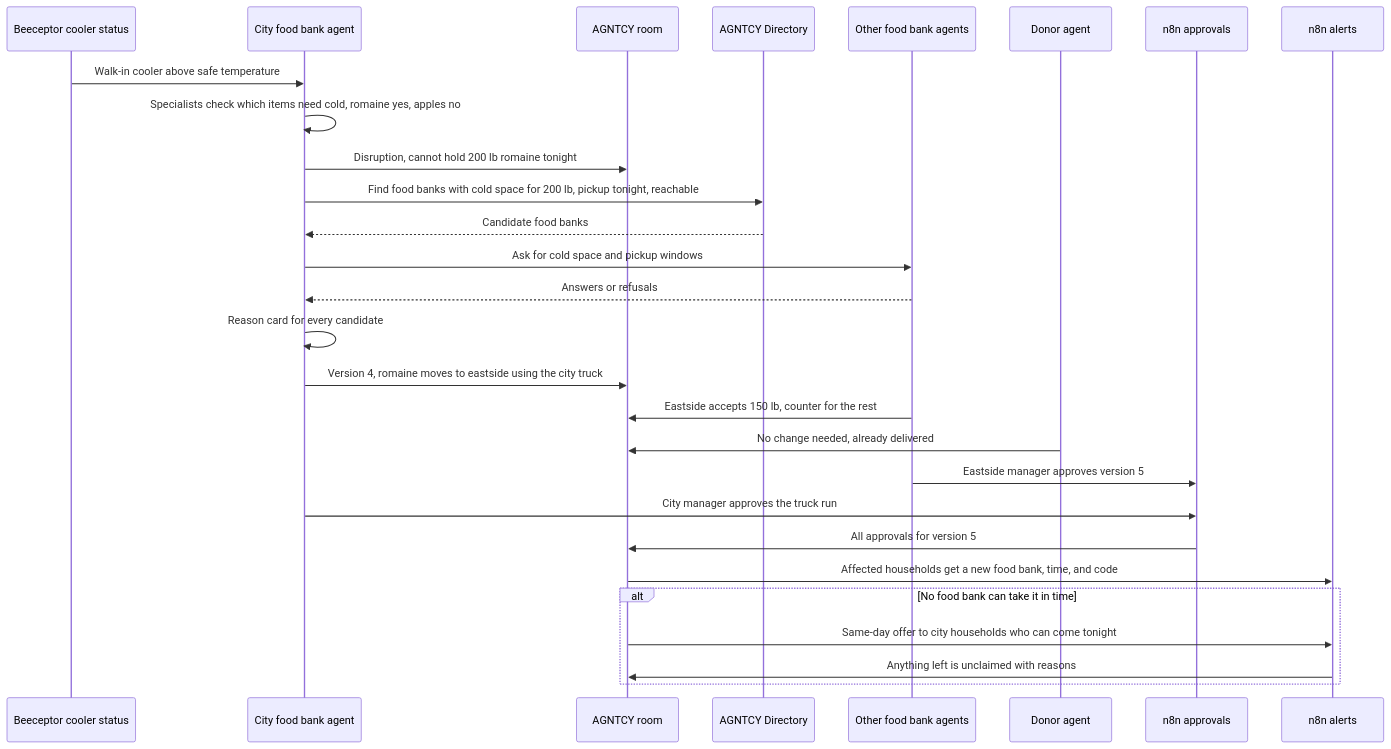
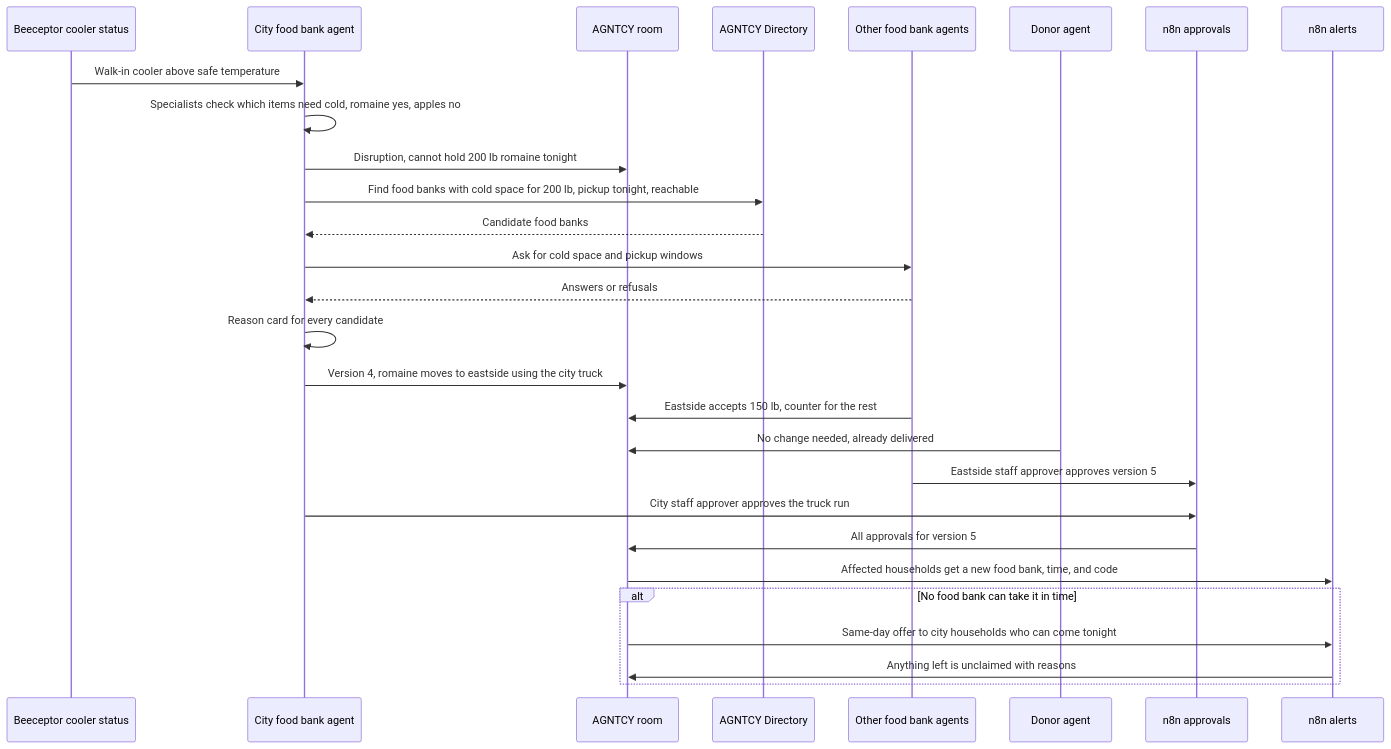
Before and after one commit to mubinmodi/UCSC_HACK_HARVESTNET: the seventh of 8 diagrams in docs/MVP_DESIGN.md, drawn with Mermaid. The commit also changed other lines of this file, not shown here.

First line of the commit message:
MVP design: staff approver replaces manager for an organization's human

````diff
--- a/docs/MVP_DESIGN.md
+++ b/docs/MVP_DESIGN.md
@@ -380,30 +380,30 @@
 ```mermaid
 sequenceDiagram
     participant Mock as Beeceptor cooler status
     participant City as City food bank agent
     participant Room as AGNTCY room
     participant Dir as AGNTCY Directory
     participant Others as Other food bank agents
     participant Donor as Donor agent
     participant N8 as n8n approvals
     participant Notify as n8n alerts
     Mock->>City: Walk-in cooler above safe temperature
     City->>City: Specialists check which items need cold, romaine yes, apples no
     City->>Room: Disruption, cannot hold 200 lb romaine tonight
     City->>Dir: Find food banks with cold space for 200 lb, pickup tonight, reachable
     Dir-->>City: Candidate food banks
     City->>Others: Ask for cold space and pickup windows
     Others-->>City: Answers or refusals
     City->>City: Reason card for every candidate
     City->>Room: Version 4, romaine moves to eastside using the city truck
     Others->>Room: Eastside accepts 150 lb, counter for the rest
     Donor->>Room: No change needed, already delivered
-    Others->>N8: Eastside manager approves version 5
-    City->>N8: City manager approves the truck run
+    Others->>N8: Eastside staff approver approves version 5
+    City->>N8: City staff approver approves the truck run
     N8->>Room: All approvals for version 5
     Room->>Notify: Affected households get a new food bank, time, and code
     alt No food bank can take it in time
         Room->>Notify: Same-day offer to city households who can come tonight
         Notify->>Room: Anything left is unclaimed with reasons
     end
 ```
````
